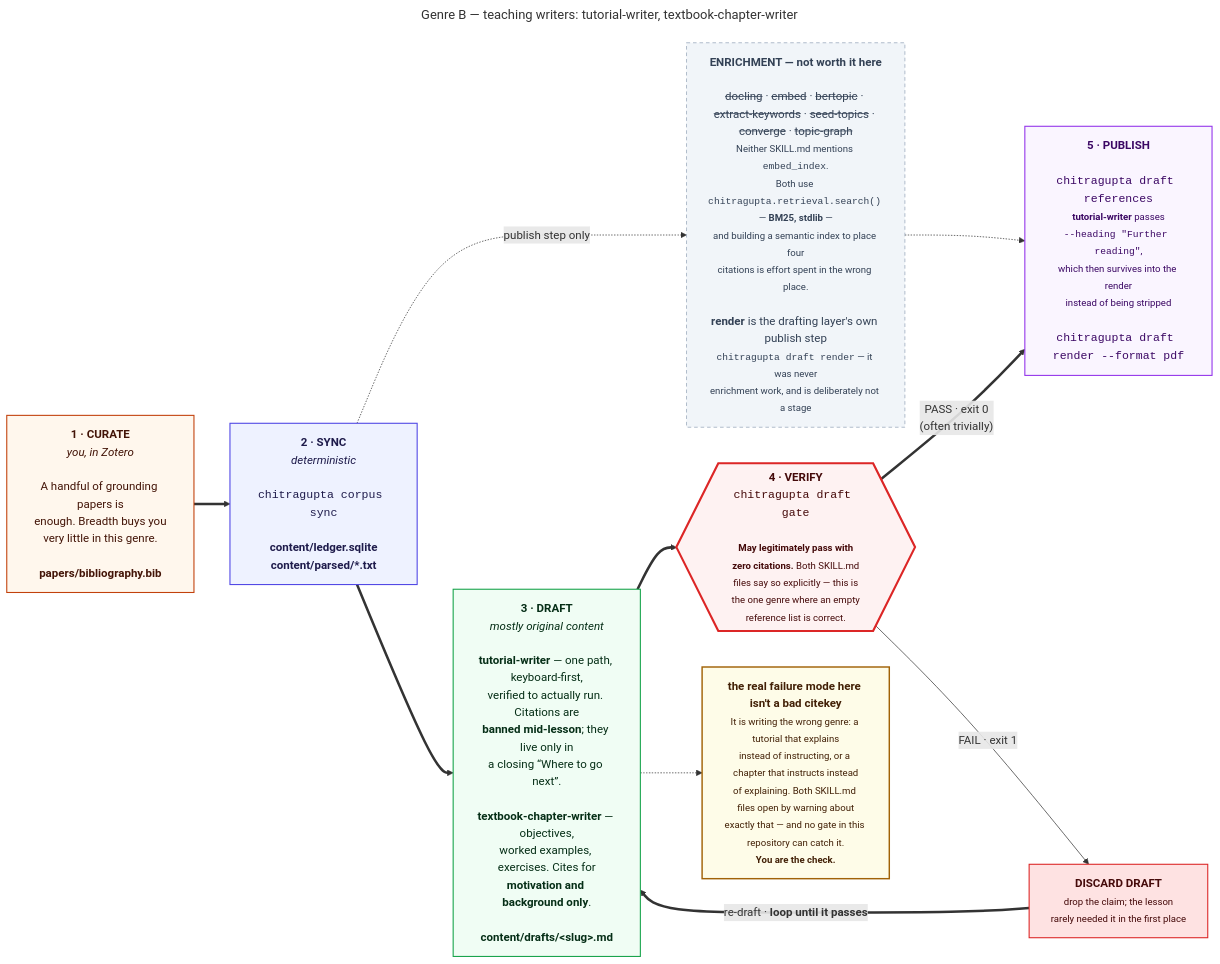
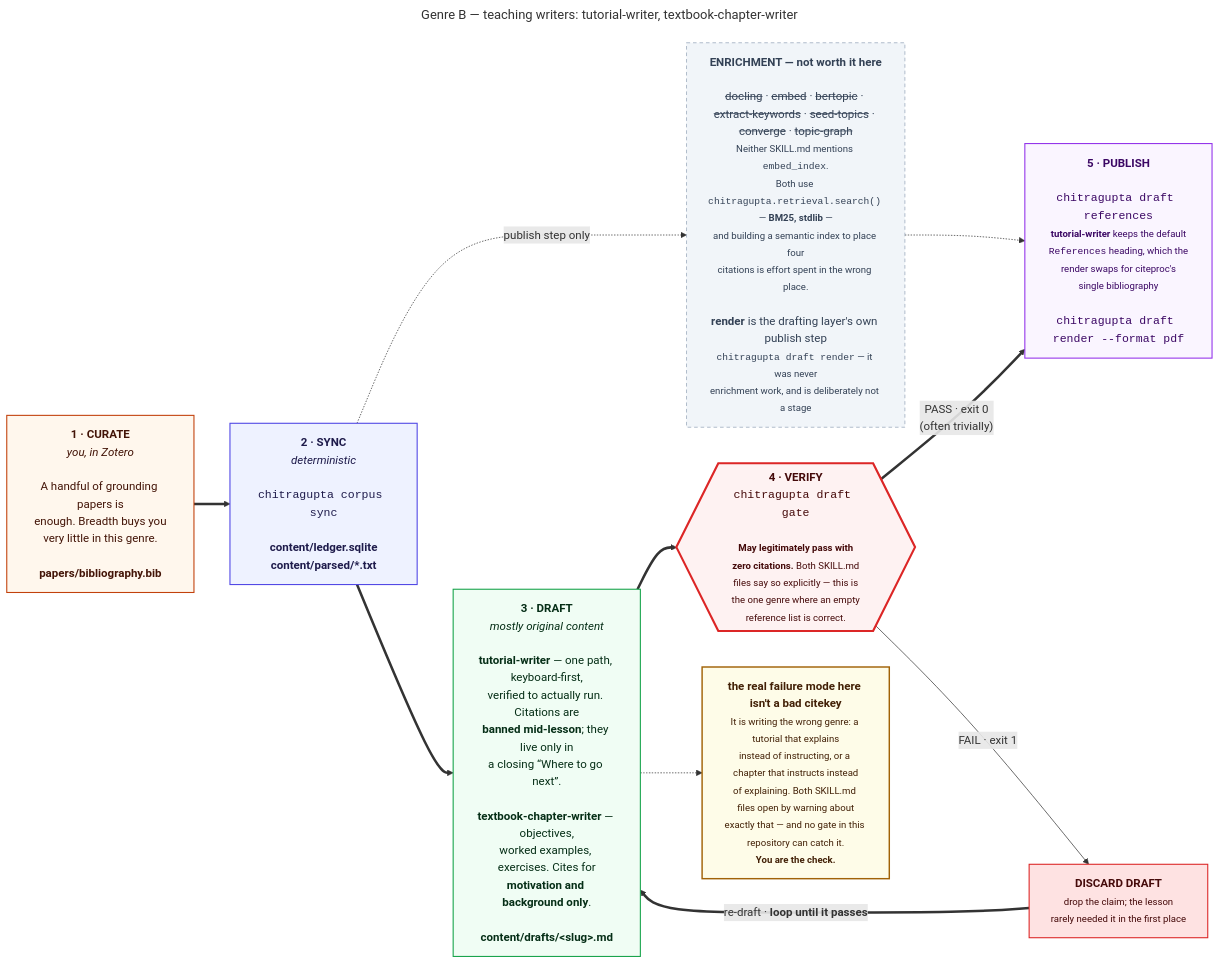
Before and after one commit to prasadtalasila/chitragupta: the diagram in docs/diagrams/g2-teaching.mmd, drawn with Mermaid. The commit also changed 9 other files, not shown here.

First line of the commit message:
Align the tutorial genre's references heading with the other genres

```diff
--- a/docs/diagrams/g2-teaching.mmd
+++ b/docs/diagrams/g2-teaching.mmd
@@ -1,46 +1,46 @@
 ---
 title: "Genre B — teaching writers: tutorial-writer, textbook-chapter-writer"
 ---
 flowchart LR
 
   P0["<b>1 · CURATE</b><br/><i>you, in Zotero</i><br/><br/>A handful of grounding papers is<br/>enough. Breadth buys you<br/>very little in this genre.<br/><br/><b>papers/bibliography.bib</b>"]
 
   P1["<b>2 · SYNC</b><br/><i>deterministic</i><br/><br/><code>chitragupta corpus sync</code><br/><br/><b>content/ledger.sqlite</b><br/><b>content/parsed/*.txt</b>"]
 
   HEAVY["<b>ENRICHMENT — not worth it here</b><br/><br/><s>docling</s> · <s>embed</s> · <s>bertopic</s> · <s>extract-keywords</s> · <s>seed-topics</s> · <s>converge</s> · <s>topic-graph</s><br/><small>Neither SKILL.md mentions <code>embed_index</code>.<br/>Both use <code>chitragupta.retrieval.search()</code> — <b>BM25, stdlib</b> —<br/>and building a semantic index to place four<br/>citations is effort spent in the wrong place.</small><br/><br/><b>render</b> is the drafting layer's own publish step<br/><small><code>chitragupta draft render</code> — it was never<br/>enrichment work, and is deliberately not a stage</small>"]
 
   P2["<b>3 · DRAFT</b><br/><i>mostly original content</i><br/><br/><b>tutorial-writer</b> — one path, keyboard-first,<br/>verified to actually run. Citations are<br/><b>banned mid-lesson</b>; they live only in<br/>a closing “Where to go next”.<br/><br/><b>textbook-chapter-writer</b> — objectives,<br/>worked examples, exercises. Cites for<br/><b>motivation and background only</b>.<br/><br/><b>content/drafts/&lt;slug&gt;.md</b>"]
 
   P3{{"<b>4 · VERIFY</b><br/><code>chitragupta draft gate</code><br/><br/><small><b>May legitimately pass with<br/>zero citations.</b> Both SKILL.md<br/>files say so explicitly — this is<br/>the one genre where an empty<br/>reference list is correct.</small>"}}
 
   FIX["<b>DISCARD DRAFT</b><br/><small>drop the claim; the lesson<br/>rarely needed it in the first place</small>"]
 
-  P4["<b>5 · PUBLISH</b><br/><br/><code>chitragupta draft references</code><br/><small><b>tutorial-writer</b> passes<br/><code>--heading &quot;Further reading&quot;</code>,<br/>which then survives into the render<br/>instead of being stripped</small><br/><br/><code>chitragupta draft render --format pdf</code>"]
+  P4["<b>5 · PUBLISH</b><br/><br/><code>chitragupta draft references</code><br/><small><b>tutorial-writer</b> keeps the default<br/><code>References</code> heading, which the<br/>render swaps for citeproc's<br/>single bibliography</small><br/><br/><code>chitragupta draft render --format pdf</code>"]
 
   RISK["<b>the real failure mode here isn't a bad citekey</b><br/><small>It is writing the wrong genre: a tutorial that explains<br/>instead of instructing, or a chapter that instructs instead<br/>of explaining. Both SKILL.md files open by warning about<br/>exactly that — and no gate in this repository can catch it.<br/><b>You are the check.</b></small>"]
 
   P0 ==> P1 ==> P2 ==> P3
   P1 -. "publish step only" .-> HEAVY
   HEAVY -.-> P4
   P3 == "PASS · exit 0<br/>(often trivially)" ==> P4
   P3 -- "FAIL · exit 1" --> FIX
   FIX == "re-draft · <b>loop until it passes</b>" ==> P2
   P2 -.-> RISK
 
   classDef you fill:#fff7ed,stroke:#c2410c,stroke-width:1.5px,color:#431407
   classDef det fill:#eef2ff,stroke:#4f46e5,stroke-width:1.5px,color:#1e1b4b
   classDef gen fill:#f0fdf4,stroke:#16a34a,stroke-width:1.5px,color:#052e16
   classDef gate fill:#fef2f2,stroke:#dc2626,stroke-width:3px,color:#450a0a
   classDef out fill:#faf5ff,stroke:#9333ea,stroke-width:1.5px,color:#3b0764
   classDef bad fill:#fee2e2,stroke:#dc2626,stroke-width:1.5px,color:#450a0a
   classDef off fill:#f1f5f9,stroke:#94a3b8,stroke-dasharray:5 4,color:#334155
   classDef risk fill:#fefce8,stroke:#a16207,stroke-width:2px,color:#422006
 
   class P0 you
   class P1 det
   class P2 gen
   class P3 gate
   class P4 out
   class FIX bad
   class HEAVY off
   class RISK risk
```
